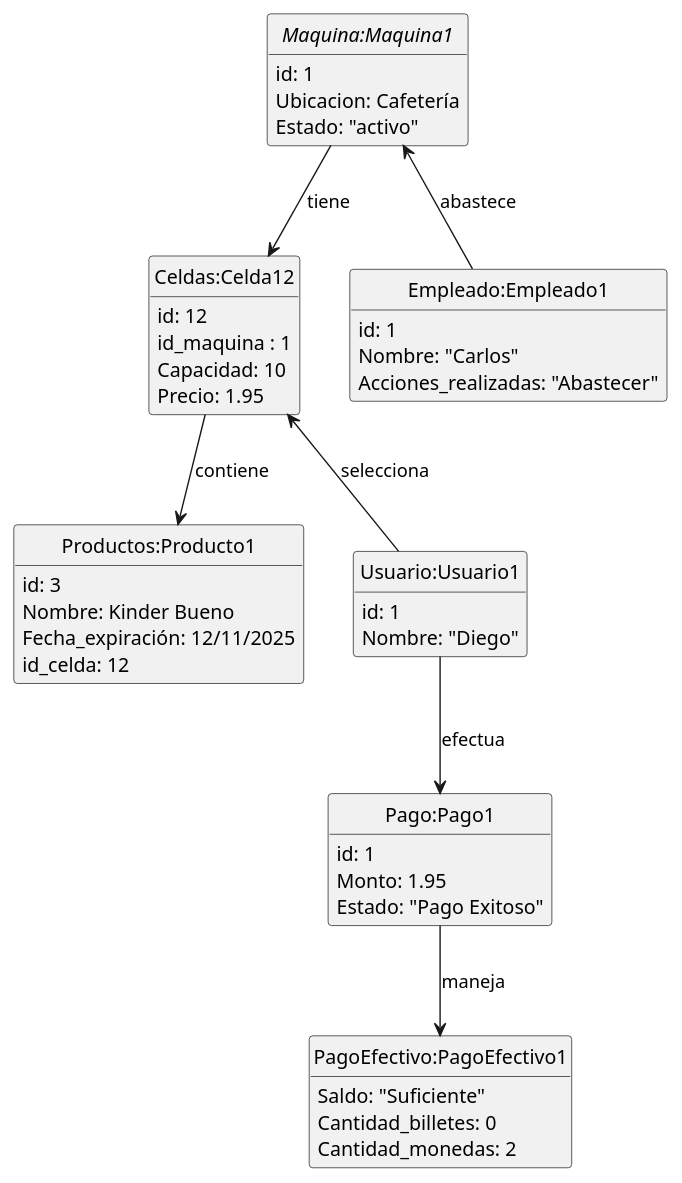
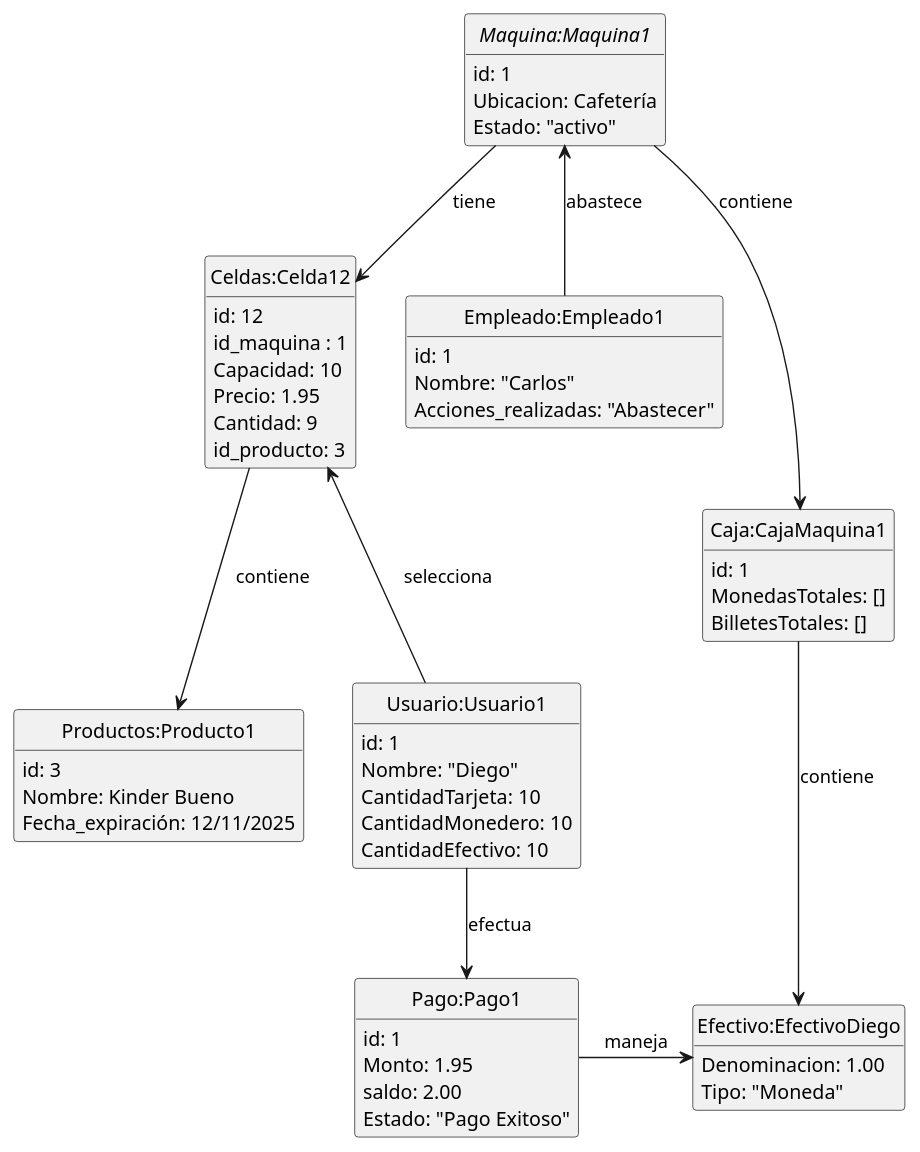
The diagram in documentos/modeloDeDominio/diagramaDeObjetos/diagramaDeObjetos.puml (mmasias/24-25-IdSw2-SDD), drawn with PlantUML before and after one commit. The commit also changed 1 other file, not shown here.

Commit message:
Update object diagram to reflect new attributes and relationships
- Added attributes 'Cantidad' and 'id_producto' to class 'Celdas:Celda12'.
- Introduced new attributes 'CantidadTarjeta', 'CantidadMonedero', and 'CantidadEfectivo' to class 'Usuario:Usuario1'.
- Added 'saldo' attribute to class 'Pago:Pago1'.
- Created new class 'Caja:CajaMaquina1' with attributes for total coins and bills.
- Added new class 'Efectivo:EfectivoDiego' with attributes for denomination and type.
- Updated relationships to reflect new classes and attributes.

```diff
--- a/documentos/modeloDeDominio/diagramaDeObjetos/diagramaDeObjetos.puml
+++ b/documentos/modeloDeDominio/diagramaDeObjetos/diagramaDeObjetos.puml
@@ -1,61 +1,71 @@
-@startuml
+@startuml diagramaDeObjetos
 hide empty members
 hide circle
 abstract "Maquina:Maquina1"{
     id: 1
     Ubicacion: Cafetería
     Estado: "activo"
 }
 
 class "Celdas:Celda12"{
     id: 12
     id_maquina : 1
     Capacidad: 10
     Precio: 1.95
+    Cantidad: 9
+    id_producto: 3
 }
 
 class "Productos:Producto1"{
     id: 3
     Nombre: Kinder Bueno
     Fecha_expiración: 12/11/2025
-    id_celda: 12
 }
 
 
 class "Usuario:Usuario1"{
     id: 1
     Nombre: "Diego"
+    CantidadTarjeta: 10
+    CantidadMonedero: 10
+    CantidadEfectivo: 10
 }
 
 
 class "Pago:Pago1"{
     id: 1
     Monto: 1.95
+    saldo: 2.00
     Estado: "Pago Exitoso"
 }
 
 class "Empleado:Empleado1"{
    id: 1
    Nombre: "Carlos"
    Acciones_realizadas: "Abastecer"
 
 }
 
-class "PagoEfectivo:PagoEfectivo1"{
-    Saldo: "Suficiente"
-    Cantidad_billetes: 0 
-    Cantidad_monedas: 2 
+class "Caja:CajaMaquina1"{
+    id: 1
+    MonedasTotales: []
+    BilletesTotales: []
 }
 
+class "Efectivo:EfectivoDiego"{
+    Denominacion: 1.00
+    Tipo: "Moneda"
+}
 
 
 
 "Maquina:Maquina1" --> "Celdas:Celda12" : tiene
 "Celdas:Celda12" --> "Productos:Producto1" : contiene
 "Usuario:Usuario1" -U-> "Celdas:Celda12" : selecciona
 "Usuario:Usuario1" --> "Pago:Pago1" : efectua
 "Empleado:Empleado1" -U-> "Maquina:Maquina1" : abastece
-"Pago:Pago1" -D-> "PagoEfectivo:PagoEfectivo1" : maneja
-
+"Pago:Pago1" -R-> "Efectivo:EfectivoDiego" : maneja
+"Maquina:Maquina1" --> "Caja:CajaMaquina1" : contiene
+"Caja:CajaMaquina1" --> "Efectivo:EfectivoDiego" : contiene
 
 @enduml
```
